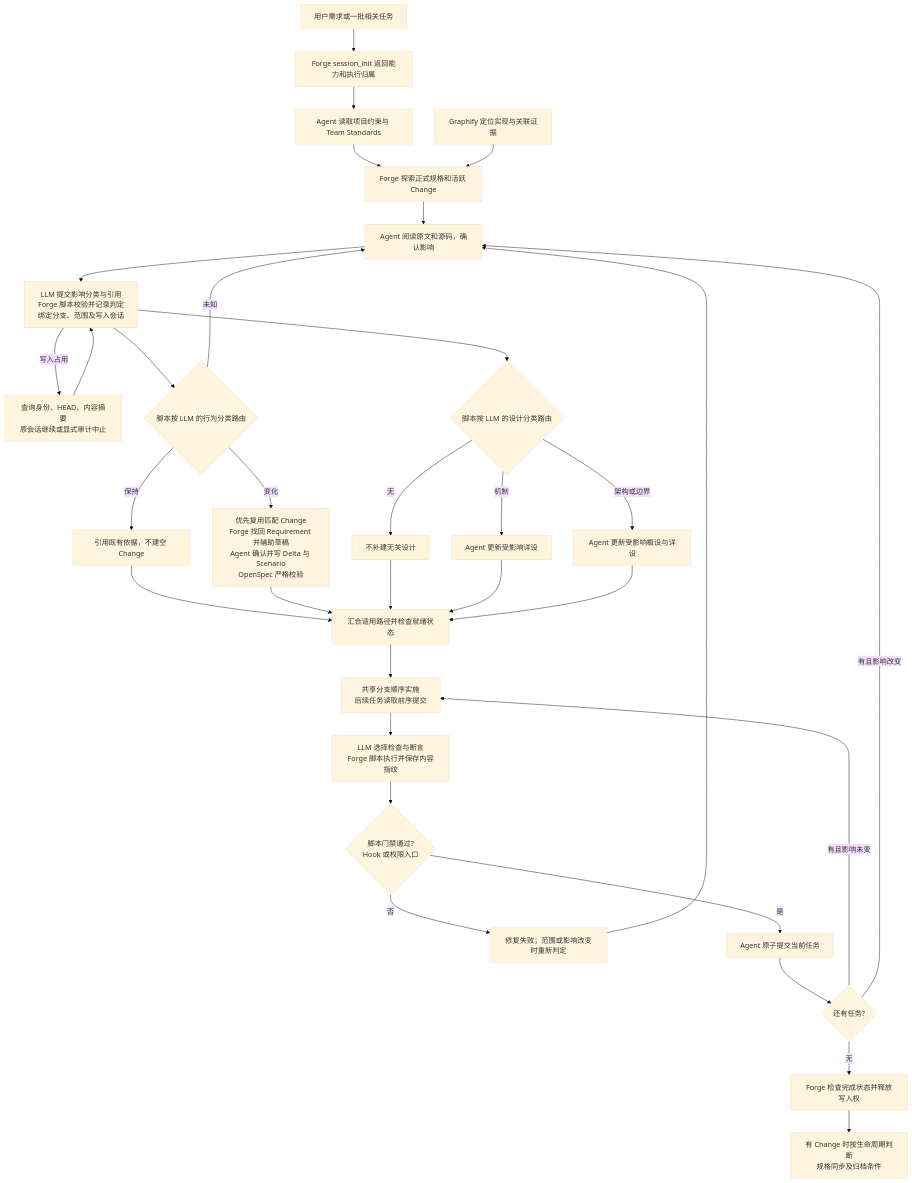
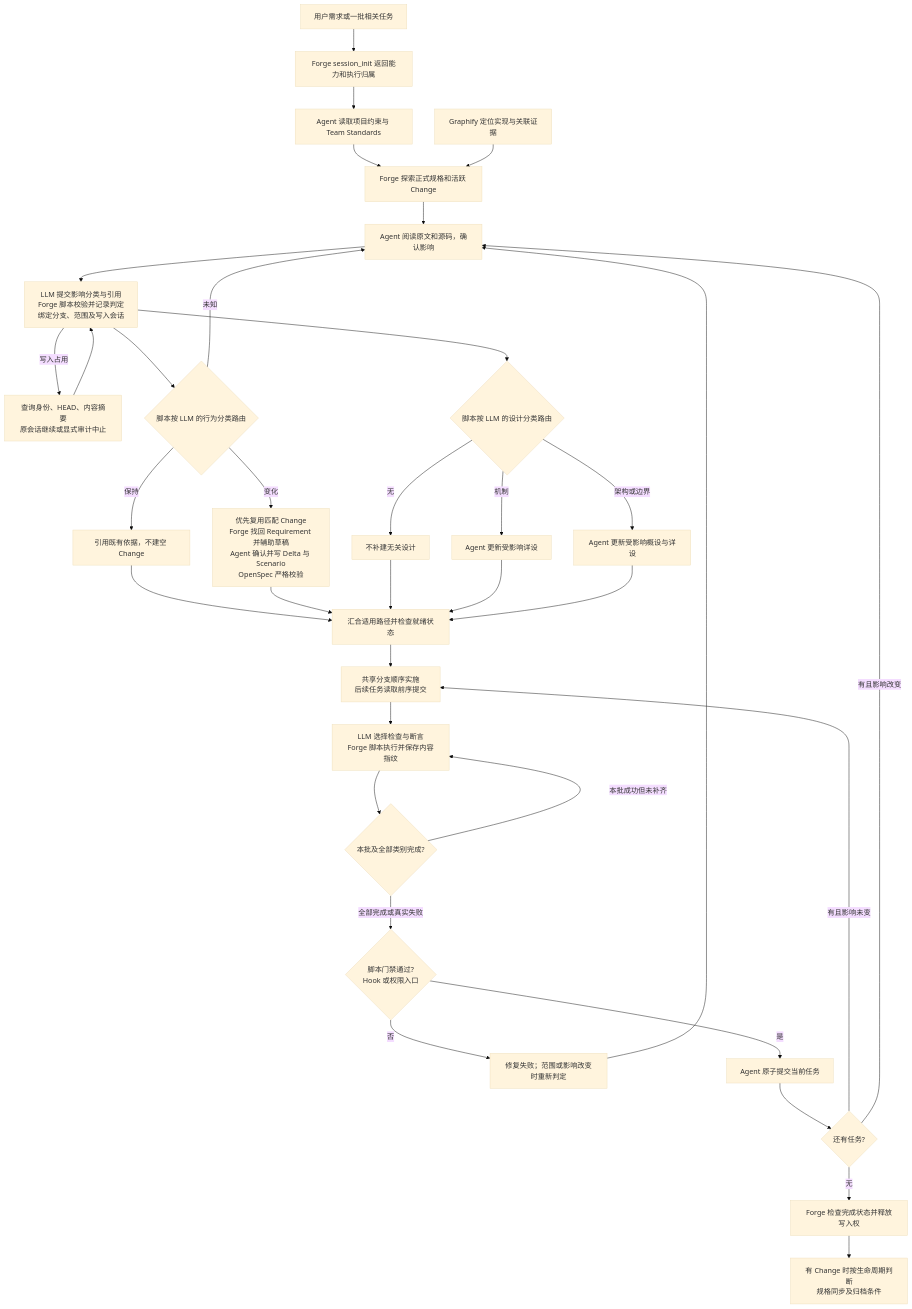
One commit to exception-coder/kai-toolbox changed the second of 6 diagrams in docs/ai-coding-architecture.md. Above: the diagram before and after it, drawn with Mermaid (base theme). The commit also changed other lines of this file and 17 other files, not shown here.

````diff
--- a/docs/ai-coding-architecture.md
+++ b/docs/ai-coding-architecture.md
@@ -111,35 +111,37 @@
 ```mermaid
 flowchart TD
     REQUEST["用户需求或一批相关任务"] --> SESSION["Forge session_init 返回能力和执行归属"]
     SESSION --> READ["Agent 读取项目约束与 Team Standards"]
     READ --> DISCOVER["Forge 探索正式规格和活跃 Change"]
     GRAPHIFY["Graphify 定位实现与关联证据"] --> DISCOVER
     DISCOVER --> REVIEW["Agent 阅读原文和源码，确认影响"]
     REVIEW --> ASSESS["LLM 提交影响分类与引用<br/>Forge 脚本校验并记录判定<br/>绑定分支、范围及写入会话"]
     ASSESS -->|"写入占用"| RECOVERY["查询身份、HEAD、内容摘要<br/>原会话继续或显式审计中止"]
     RECOVERY --> ASSESS
     ASSESS --> SPEC_ROUTE{"脚本按 LLM 的行为分类路由"}
     SPEC_ROUTE -->|"未知"| REVIEW
     SPEC_ROUTE -->|"保持"| NO_DELTA["引用既有依据，不建空 Change"]
     SPEC_ROUTE -->|"变化"| DELTA["优先复用匹配 Change<br/>Forge 找回 Requirement 并辅助草稿<br/>Agent 确认并写 Delta 与 Scenario<br/>OpenSpec 严格校验"]
     ASSESS --> DESIGN_ROUTE{"脚本按 LLM 的设计分类路由"}
     DESIGN_ROUTE -->|"无"| NO_DESIGN["不补建无关设计"]
     DESIGN_ROUTE -->|"机制"| DETAIL["Agent 更新受影响详设"]
     DESIGN_ROUTE -->|"架构或边界"| BOTH["Agent 更新受影响概设与详设"]
     NO_DELTA --> READY["汇合适用路径并检查就绪状态"]
     DELTA --> READY
     NO_DESIGN --> READY
     DETAIL --> READY
     BOTH --> READY
     READY --> IMPLEMENT["共享分支顺序实施<br/>后续任务读取前序提交"]
     IMPLEMENT --> VERIFY["LLM 选择检查与断言<br/>Forge 脚本执行并保存内容指纹"]
-    VERIFY --> GATE{"脚本门禁通过?<br/>Hook 或权限入口"}
+    VERIFY --> PARTIAL{"本批及全部类别完成?"}
+    PARTIAL -->|"本批成功但未补齐"| VERIFY
+    PARTIAL -->|"全部完成或真实失败"| GATE{"脚本门禁通过?<br/>Hook 或权限入口"}
     GATE -->|"否"| REPAIR["修复失败；范围或影响改变时重新判定"]
     REPAIR --> REVIEW
     GATE -->|"是"| COMMIT["Agent 原子提交当前任务"]
     COMMIT --> MORE{"还有任务?"}
     MORE -->|"有且影响未变"| IMPLEMENT
     MORE -->|"有且影响改变"| REVIEW
     MORE -->|"无"| FINISH["Forge 检查完成状态并释放写入权"]
     FINISH --> ARCHIVE["有 Change 时按生命周期判断<br/>规格同步及归档条件"]
 ```
````
